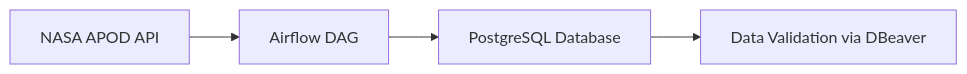
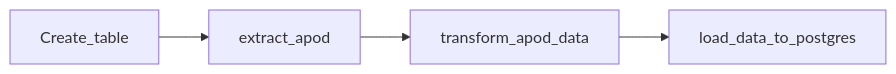
One commit to SadabAli/AstroETL-Automating-NASA-Data-Pipelines-with-Airflow changed the diagram in README.md. Above: the diagram before and after it, drawn with Mermaid.

````diff
--- a/README.md
+++ b/README.md
@@ -50,6 +50,6 @@
 ```mermaid
 flowchart LR
-    NASA_API[NASA APOD API] --> Airflow_ETL[Airflow DAG]
-    Airflow_ETL --> PostgresDB[PostgreSQL Database]
-    PostgresDB --> DBeaver[Data Validation via DBeaver]
+    NASA_API[Create_table] --> Airflow_ETL[extract_apod]
+    Airflow_ETL --> PostgresDB[transform_apod_data]
+    PostgresDB --> DBeaver[load_data_to_postgres]
 ```
````
